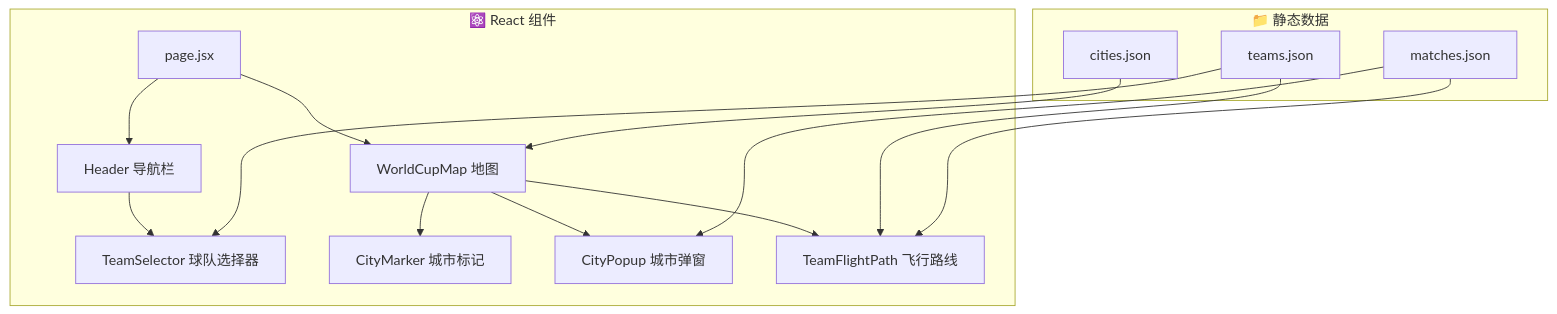
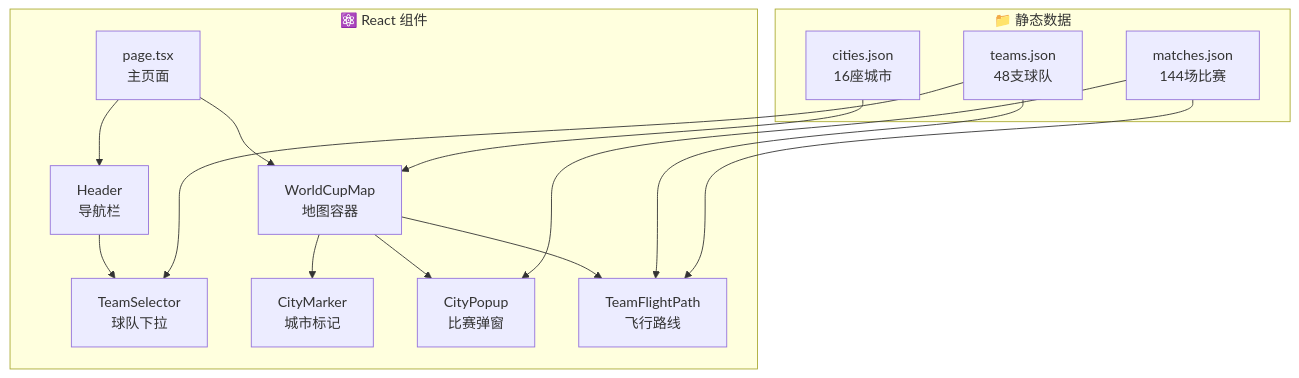
One commit to zffmzffm/wcc changed the diagram in IMPLEMENTATION_PLAN.md. Above: the diagram before and after it, drawn with Mermaid. The commit also changed other lines of this file and 17 other files, not shown here.

````diff
--- a/IMPLEMENTATION_PLAN.md
+++ b/IMPLEMENTATION_PLAN.md
@@ -146,31 +498,31 @@
 ```mermaid
 graph TB
     subgraph Data["📁 静态数据"]
-        cities[cities.json]
-        teams[teams.json]
-        matches[matches.json]
+        cities[cities.json<br/>16座城市]
+        teams[teams.json<br/>48支球队]
+        matches[matches.json<br/>144场比赛]
     end
 
     subgraph Components["⚛️ React 组件"]
-        page[page.jsx]
-        header[Header 导航栏]
-        selector[TeamSelector 球队选择器]
-        map[WorldCupMap 地图]
-        marker[CityMarker 城市标记]
-        popup[CityPopup 城市弹窗]
-        flight[TeamFlightPath 飞行路线]
+        page[page.tsx<br/>主页面]
+        header[Header<br/>导航栏]
+        selector[TeamSelector<br/>球队下拉]
+        map[WorldCupMap<br/>地图容器]
+        marker[CityMarker<br/>城市标记]
+        popup[CityPopup<br/>比赛弹窗]
+        flight[TeamFlightPath<br/>飞行路线]
     end
 
     page --> header
     page --> map
     header --> selector
     map --> marker
     map --> popup
     map --> flight
     
     cities --> map
     teams --> selector
     teams --> flight
     matches --> popup
     matches --> flight
 ```
````
